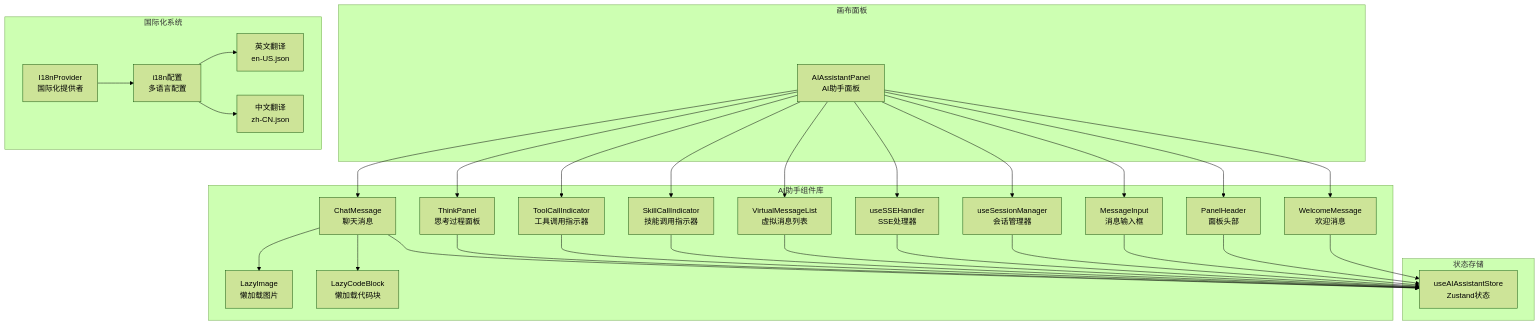
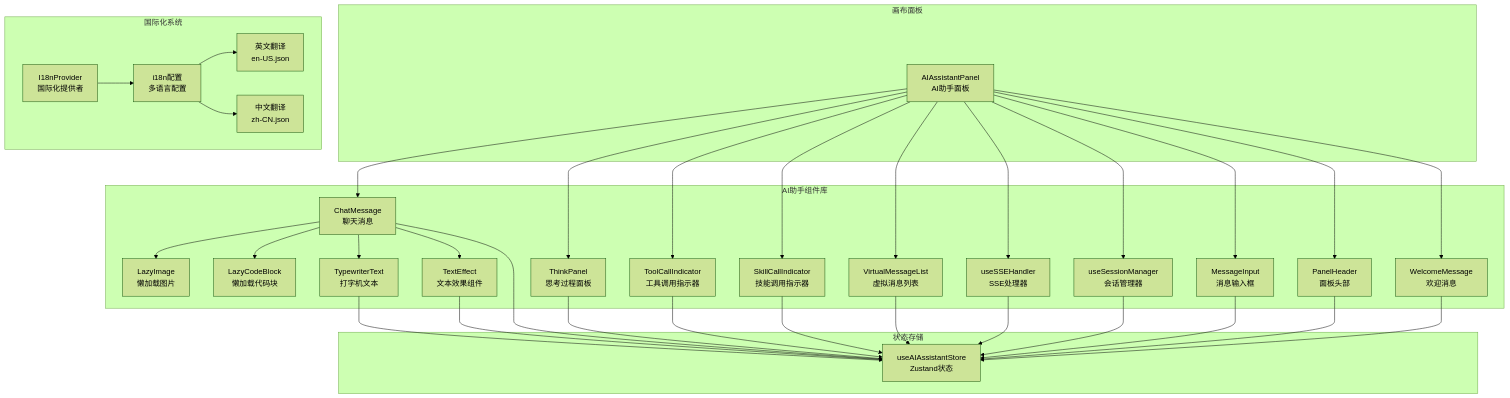
Before and after one commit to KunLabAI/KunFlix: the first of 15 diagrams in .qoder/repowiki/zh/content/系统架构/前端架构/组件架构/AI助手组件.md, drawn with Mermaid (forest theme). The commit also changed other lines of this file and 12 other files, not shown here.

````diff
--- a/.qoder/repowiki/zh/content/系统架构/前端架构/组件架构/AI助手组件.md
+++ b/.qoder/repowiki/zh/content/系统架构/前端架构/组件架构/AI助手组件.md
@@ -57,54 +68,60 @@
 ```mermaid
 graph TB
 subgraph "画布面板"
 A["AIAssistantPanel<br/>AI助手面板"]
 end
 subgraph "AI助手组件库"
 B["ChatMessage<br/>聊天消息"]
 C["ThinkPanel<br/>思考过程面板"]
 D["ToolCallIndicator<br/>工具调用指示器"]
 E["SkillCallIndicator<br/>技能调用指示器"]
 F["VirtualMessageList<br/>虚拟消息列表"]
 G["LazyImage<br/>懒加载图片"]
 H["LazyCodeBlock<br/>懒加载代码块"]
 I["useSSEHandler<br/>SSE处理器"]
 J["useSessionManager<br/>会话管理器"]
 K["MessageInput<br/>消息输入框"]
 L["PanelHeader<br/>面板头部"]
 M["WelcomeMessage<br/>欢迎消息"]
+N["TypewriterText<br/>打字机文本"]
+O["TextEffect<br/>文本效果组件"]
 end
 subgraph "国际化系统"
-N["I18nProvider<br/>国际化提供者"]
-O["i18n配置<br/>多语言配置"]
-P["英文翻译<br/>en-US.json"]
-Q["中文翻译<br/>zh-CN.json"]
+P["I18nProvider<br/>国际化提供者"]
+Q["i18n配置<br/>多语言配置"]
+R["英文翻译<br/>en-US.json"]
+S["中文翻译<br/>zh-CN.json"]
 end
 subgraph "状态存储"
-R["useAIAssistantStore<br/>Zustand状态"]
+T["useAIAssistantStore<br/>Zustand状态"]
 end
 A --> B
 A --> C
 A --> D
 A --> E
 A --> F
 B --> G
 B --> H
+B --> N
+B --> O
 A --> I
 A --> J
 A --> K
 A --> L
 A --> M
-B --> R
-C --> R
-D --> R
-E --> R
-F --> R
-I --> R
-J --> R
-K --> R
-L --> R
-M --> R
-N --> O
-O --> P
-O --> Q
+B --> T
+C --> T
+D --> T
+E --> T
+F --> T
+I --> T
+J --> T
+K --> T
+L --> T
+M --> T
+N --> T
+O --> T
+P --> Q
+Q --> R
+Q --> S
 ```
````
